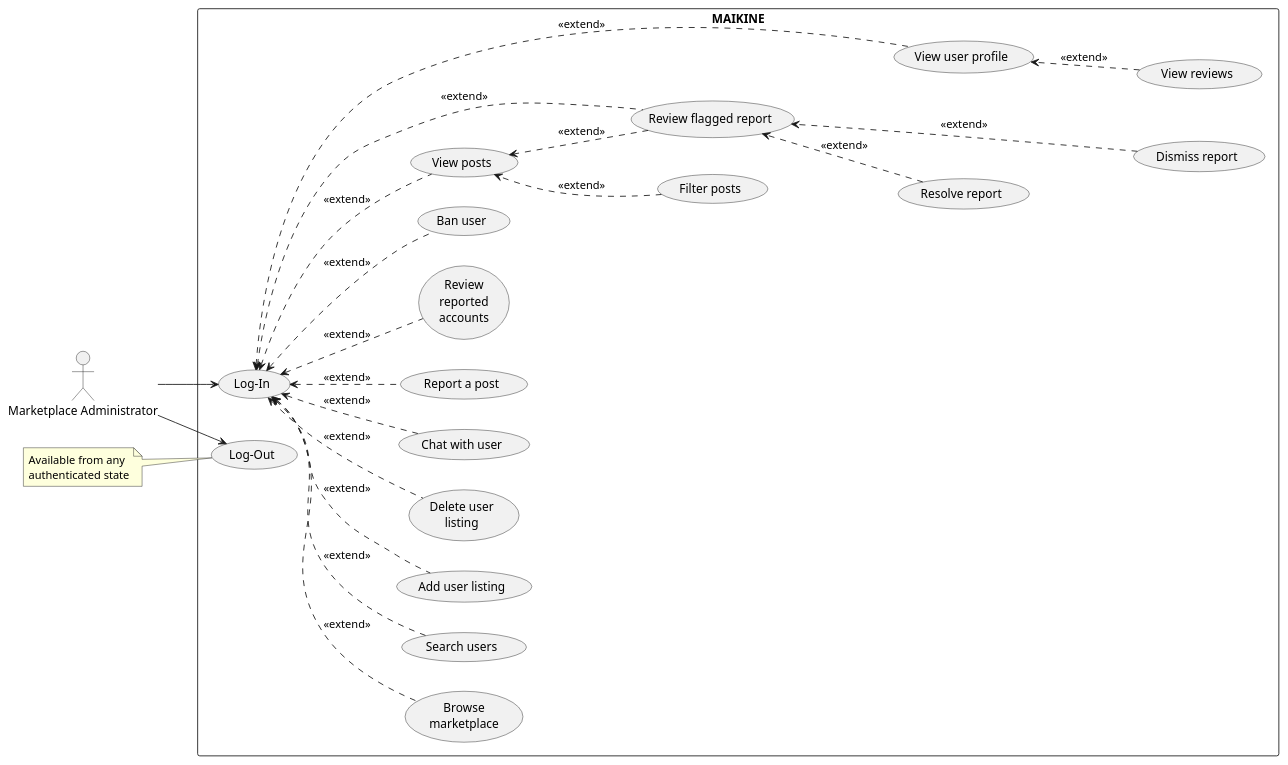
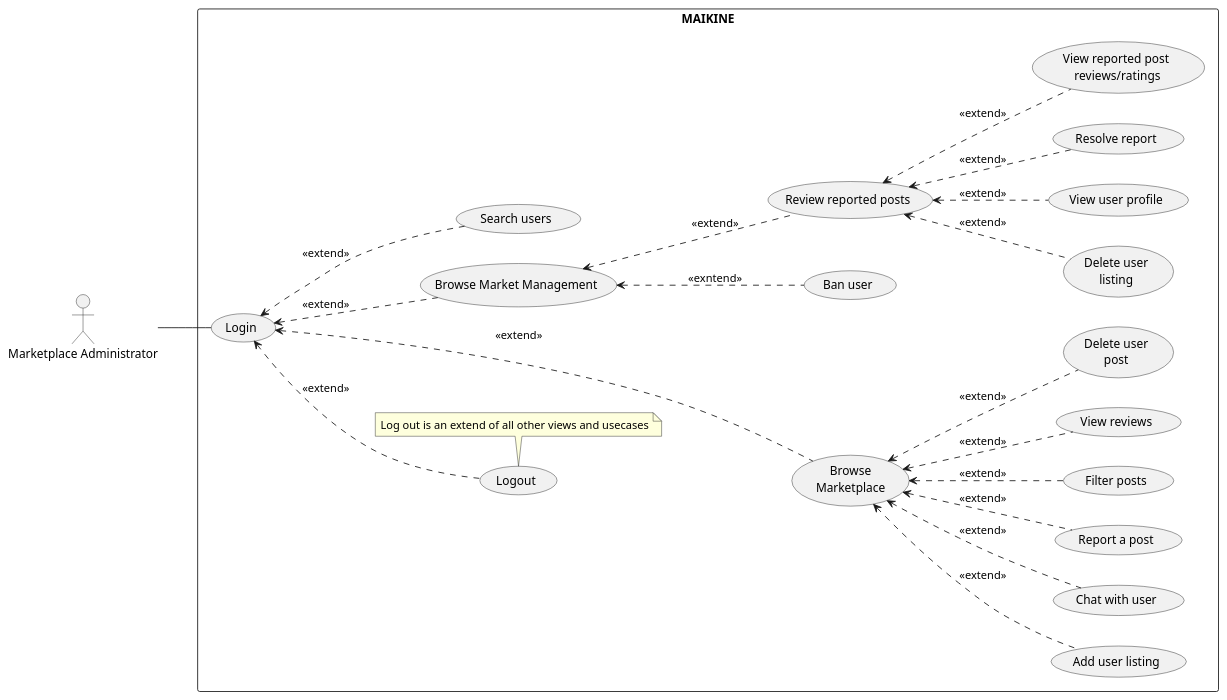
One commit to JanPerez35/PlantUML changed the diagram in usecaseDiagrams/Marketplace_Administrator_Diagram.puml. Above: the diagram before and after it, drawn with PlantUML. The commit also changed 9 other files, not shown here.

Commit message:
Updated use case and activity diagrams for clarity.

```diff
--- a/usecaseDiagrams/Marketplace_Administrator_Diagram.puml
+++ b/usecaseDiagrams/Marketplace_Administrator_Diagram.puml
@@ -1,67 +1,61 @@
 @startuml
 left to right direction
 skinparam packageStyle rectangle
 
 actor "Marketplace Administrator" as MarketplaceAdmin
 
 rectangle MAIKINE {
 
-  usecase "Log-In" as UC_Login
-  usecase "Log-Out" as UC_Logout
+  usecase "Login" as UC_Login
+  usecase "Logout" as UC_Logout
 
-  usecase "Browse\nmarketplace" as UC_Browse
+  usecase "Browse\nMarketplace" as UC_Browse
+  usecase "Browse Market Management" as UC_Mana
   usecase "Search users" as UC_SearchUsers
   usecase "Add user listing" as UC_AddListing
   usecase "Delete user\nlisting" as UC_DeleteUserListing
   usecase "Chat with user" as UC_Chat
   usecase "Report a post" as UC_Report
-
-  usecase "Review\nreported\naccounts" as UC_ReviewAccounts
   usecase "Ban user" as UC_BanUser
-
-  usecase "View posts" as UC_View
+  usecase "Review reported posts" as UC_View
   usecase "Filter posts" as UC_Filter
-  usecase "Review flagged report" as UC_ViewFlagged
-  usecase "Resolve report" as UC_Resolve
-  usecase "Dismiss report" as UC_Dismiss
   usecase "View user profile" as UC_ViewProfile
   usecase "View reviews" as UC_ViewReview
+  usecase "Resolve report" as UC_Resolve
+  usecase "View reported post\n reviews/ratings" as UC_Research
+  usecase "Delete user\npost" as UC_DeleteUserPost
+  
+
+  note bottom of (UC_Logout)
+  Log out is an extend of all other views and usecases
+  end note
 }
 
-MarketplaceAdmin --> UC_Login
-MarketplaceAdmin --> UC_Logout
+MarketplaceAdmin -- UC_Login
+UC_Login <.. UC_Logout :<<extend>>
+UC_Login <.. UC_Browse :<<extend>>
+UC_Login <.. UC_Mana :<<extend>>
+UC_Login <.. UC_SearchUsers :<<extend>>
 
-UC_Login <.. UC_Browse : <<extend>>
-UC_Login <.. UC_SearchUsers : <<extend>>
-UC_Login <.. UC_AddListing : <<extend>>
-UC_Login <.. UC_Chat : <<extend>>
-UC_Login <.. UC_Report : <<extend>>
-UC_Login <.. UC_BanUser : <<extend>>
+UC_Mana <.. UC_View :<<extend>>
+UC_Mana <.. UC_BanUser :<<exntend>>
 
-UC_Login <.. UC_View : <<extend>>
-UC_Login <.. UC_ReviewAccounts : <<extend>>
-UC_Login <.. UC_ViewFlagged : <<extend>>
-UC_Login <.. UC_ViewProfile : <<extend>>
-UC_Login <.. UC_DeleteUserListing : <<extend>>
+UC_View <.. UC_ViewProfile :<<extend>>
+UC_View <..UC_Resolve:<<extend>>
+UC_View <.. UC_DeleteUserListing :<<extend>>
+UC_View <.. UC_Research : <<extend>>
 
-UC_Filter ..> UC_View : <<extend>>
-UC_ViewFlagged ..> UC_View : <<extend>>
 
-UC_Resolve ..> UC_ViewFlagged : <<extend>>
-UC_Dismiss ..> UC_ViewFlagged : <<extend>>
+UC_Browse <.. UC_Chat :<<extend>>
 
-UC_ViewReview ..> UC_ViewProfile : <<extend>>
+UC_Browse <.. UC_Filter :<<extend>>
+UC_Browse <.. UC_AddListing :<<extend>>
+UC_Browse <.. UC_ViewReview :<<extend>>
+UC_Browse <.. UC_Report :<<extend>>
+UC_Browse <.. UC_DeleteUserPost :<<extend>>
 
-UC_View -[hidden]-> UC_Filter
-UC_View -[hidden]-> UC_ViewFlagged
-UC_ViewFlagged -[hidden]-> UC_Resolve
-UC_Resolve -[hidden]-> UC_Dismiss
-UC_ViewFlagged -[hidden]-> UC_ViewProfile
-UC_ViewProfile -[hidden]-> UC_ViewReview
+UC_Logout -down[hidden]-> UC_Browse
 
-note left of UC_Logout
-Available from any
-authenticated state
-end note
+
 
 @enduml
```
